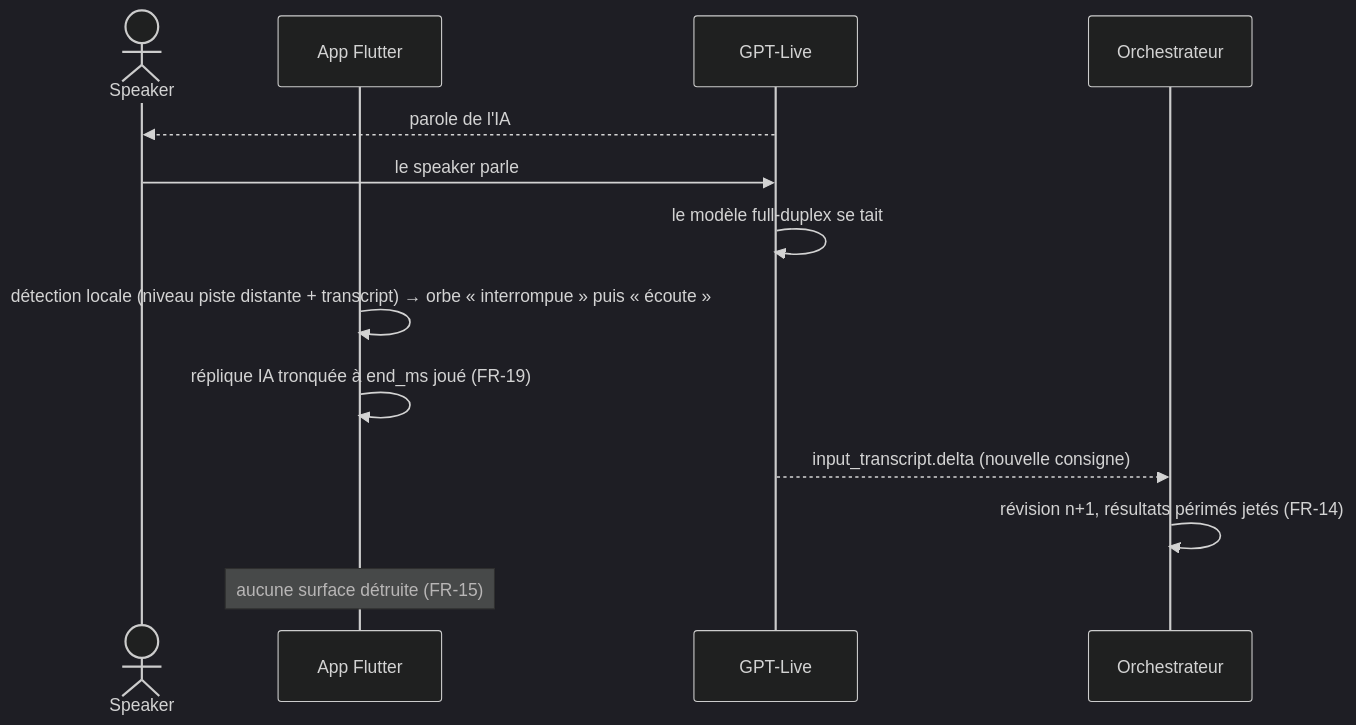
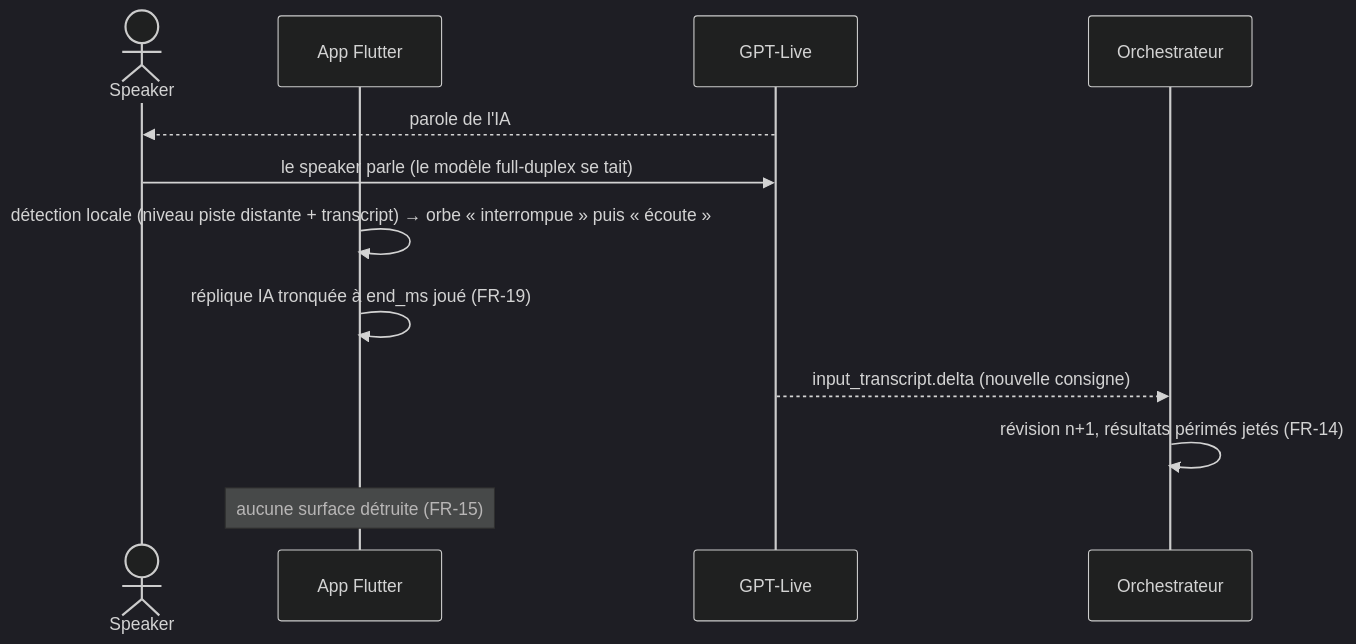
One commit to b-fontaine/ai_voice_ui changed the fourth of 5 diagrams in product/architecture/agents-protocols.md. Above: the diagram before and after it, drawn with Mermaid (dark theme). The commit also changed other lines of this file and 18 other files, not shown here.

````diff
--- a/product/architecture/agents-protocols.md
+++ b/product/architecture/agents-protocols.md
@@ -102,15 +100,14 @@
 ```mermaid
 sequenceDiagram
   actor S as Speaker
   participant App as App Flutter
   participant L as GPT-Live
   participant O as Orchestrateur
   L-->>S: parole de l'IA
-  S->>L: le speaker parle
-  L->>L: le modèle full-duplex se tait
+  S->>L: le speaker parle (le modèle full-duplex se tait)
   App->>App: détection locale (niveau piste distante + transcript) → orbe « interrompue » puis « écoute »
   App->>App: réplique IA tronquée à end_ms joué (FR-19)
   L-->>O: input_transcript.delta (nouvelle consigne)
   O->>O: révision n+1, résultats périmés jetés (FR-14)
   Note over App: aucune surface détruite (FR-15)
 ```
````
